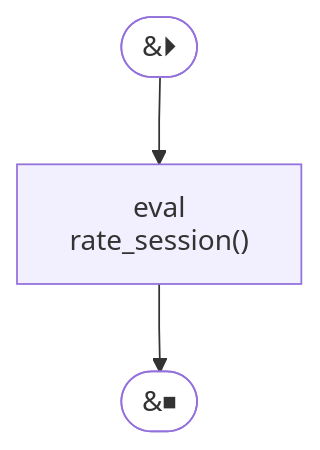
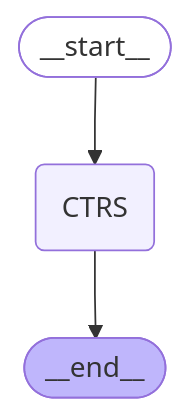
One commit to House2642/wikifeelings.ai changed the diagram in final_code/diagrams/fidelity_judge_graph.mmd. Above: the diagram before and after it, drawn with Mermaid. The commit also changed 2 other files, not shown here.

Commit message:
Update sub-graph .mmd files from live LangGraph draw_mermaid() output
Re-ran evaluation_flow_diagram.py with dependencies installed; the
fidelity, case conceptualization, and crisis judge graphs are now
generated directly from their compiled LangGraph StateGraph objects.

https://claude.ai/code/session_017NH3FvckdAXWpcVjo2Ce2p

```diff
--- a/final_code/diagrams/fidelity_judge_graph.mmd
+++ b/final_code/diagrams/fidelity_judge_graph.mmd
@@ -1,12 +1,14 @@
-%%{init: {'flowchart': {'curve': 'linear'}}}%%
+---
+config:
+  flowchart:
+    curve: linear
+---
 graph TD;
-    __start__([<p>&#9205;</p>]):::first
-    __end__([<p>&#9209;</p>]):::last
-    eval["eval\nrate_session()"]:::default
-
-    __start__ --> eval
-    eval --> __end__
-
-    classDef default fill:#f2f0ff,line-height:1.2
-    classDef first  fill-opacity:0
-    classDef last   fill-opacity:0
+	__start__([<p>__start__</p>]):::first
+	CTRS(CTRS)
+	__end__([<p>__end__</p>]):::last
+	__start__ --> CTRS;
+	CTRS --> __end__;
+	classDef default fill:#f2f0ff,line-height:1.2
+	classDef first fill-opacity:0
+	classDef last fill:#bfb6fc
```
